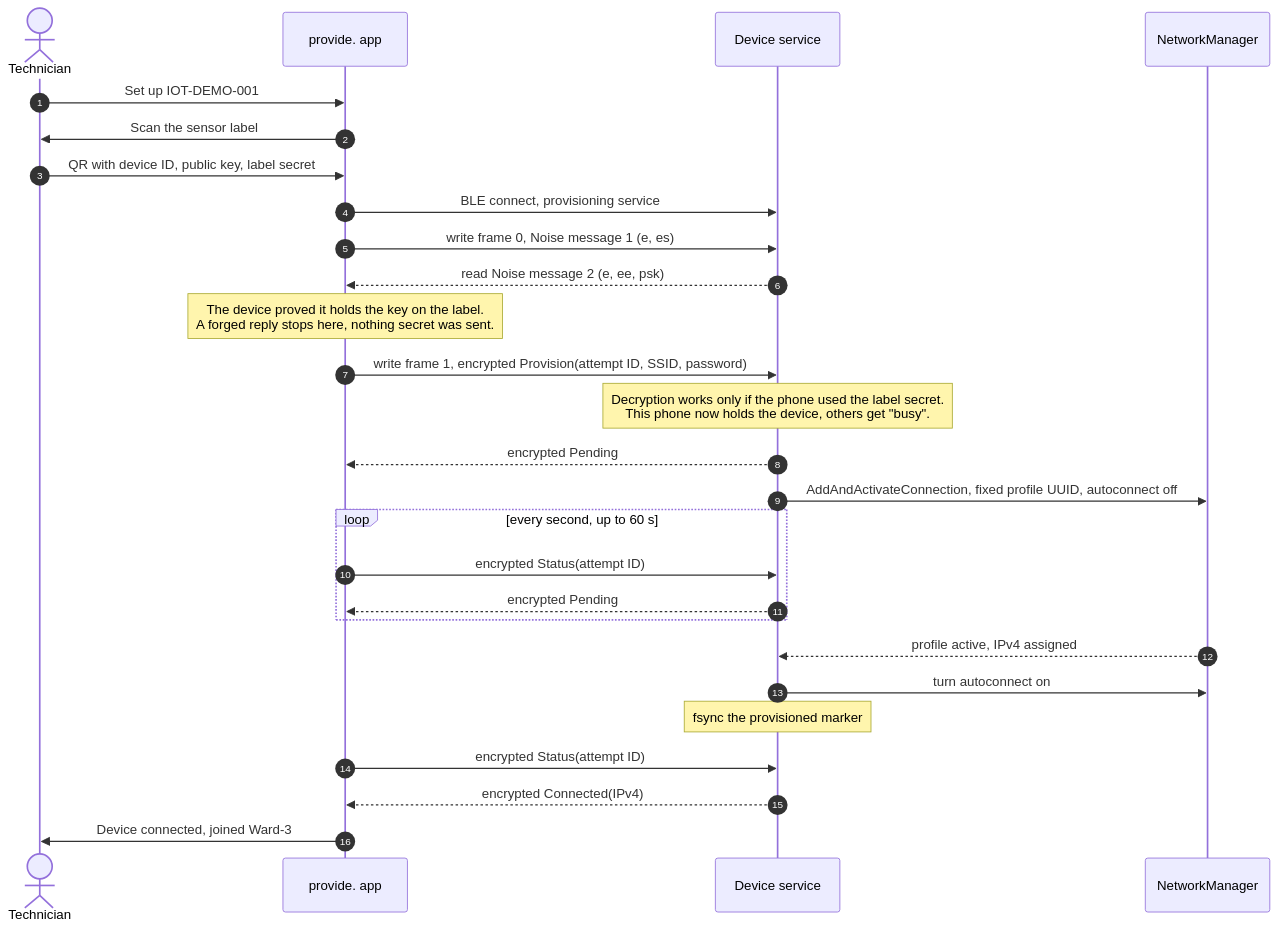
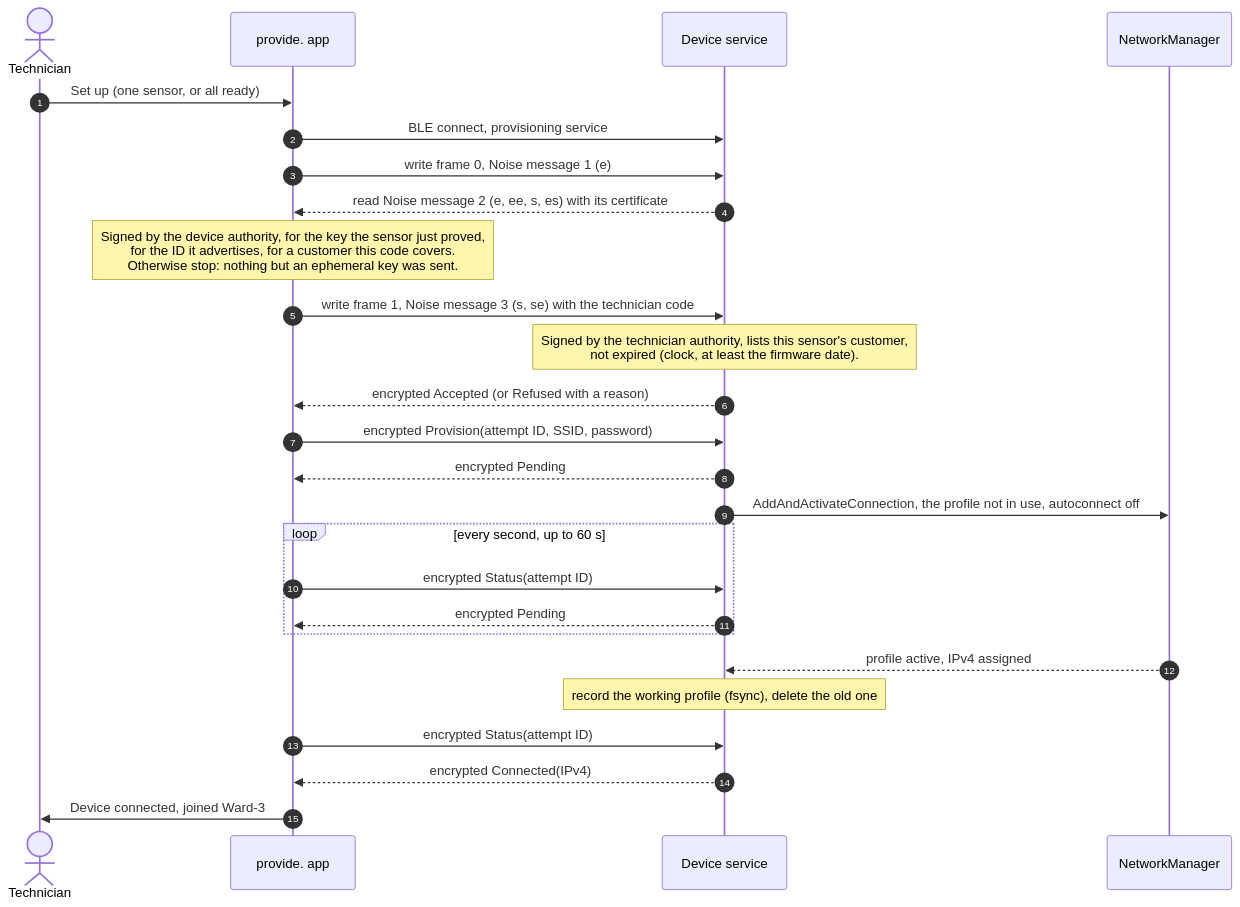
The second of 5 diagrams in docs/ARCHITECTURE.md (NoeBrt/Teton-Provide), drawn with Mermaid before and after one commit. The commit also changed other lines of this file and 12 other files, not shown here.

First line of the commit message:
docs: certified sensors, technician codes and the 200-sensor batch

````diff
--- a/docs/ARCHITECTURE.md
+++ b/docs/ARCHITECTURE.md
@@ -76,29 +84,28 @@
 ```mermaid
 sequenceDiagram
     autonumber
     actor T as Technician
     participant P as provide. app
     participant D as Device service
     participant N as NetworkManager
-    T->>P: Set up IOT-DEMO-001
-    P->>T: Scan the sensor label
-    T->>P: QR with device ID, public key, label secret
+    T->>P: Set up (one sensor, or all ready)
     P->>D: BLE connect, provisioning service
-    P->>D: write frame 0, Noise message 1 (e, es)
-    D-->>P: read Noise message 2 (e, ee, psk)
-    Note over P: The device proved it holds the key on the label.<br/>A forged reply stops here, nothing secret was sent.
-    P->>D: write frame 1, encrypted Provision(attempt ID, SSID, password)
-    Note over D: Decryption works only if the phone used the label secret.<br/>This phone now holds the device, others get "busy".
+    P->>D: write frame 0, Noise message 1 (e)
+    D-->>P: read Noise message 2 (e, ee, s, es) with its certificate
+    Note over P: Signed by the device authority, for the key the sensor just proved,<br/>for the ID it advertises, for a customer this code covers.<br/>Otherwise stop: nothing but an ephemeral key was sent.
+    P->>D: write frame 1, Noise message 3 (s, se) with the technician code
+    Note over D: Signed by the technician authority, lists this sensor's customer,<br/>not expired (clock, at least the firmware date).
+    D-->>P: encrypted Accepted (or Refused with a reason)
+    P->>D: encrypted Provision(attempt ID, SSID, password)
     D-->>P: encrypted Pending
-    D->>N: AddAndActivateConnection, fixed profile UUID, autoconnect off
+    D->>N: AddAndActivateConnection, the profile not in use, autoconnect off
     loop every second, up to 60 s
         P->>D: encrypted Status(attempt ID)
         D-->>P: encrypted Pending
     end
     N-->>D: profile active, IPv4 assigned
-    D->>N: turn autoconnect on
-    Note over D: fsync the provisioned marker
+    Note over D: record the working profile (fsync), delete the old one
     P->>D: encrypted Status(attempt ID)
     D-->>P: encrypted Connected(IPv4)
     P->>T: Device connected, joined Ward-3
 ```
````
